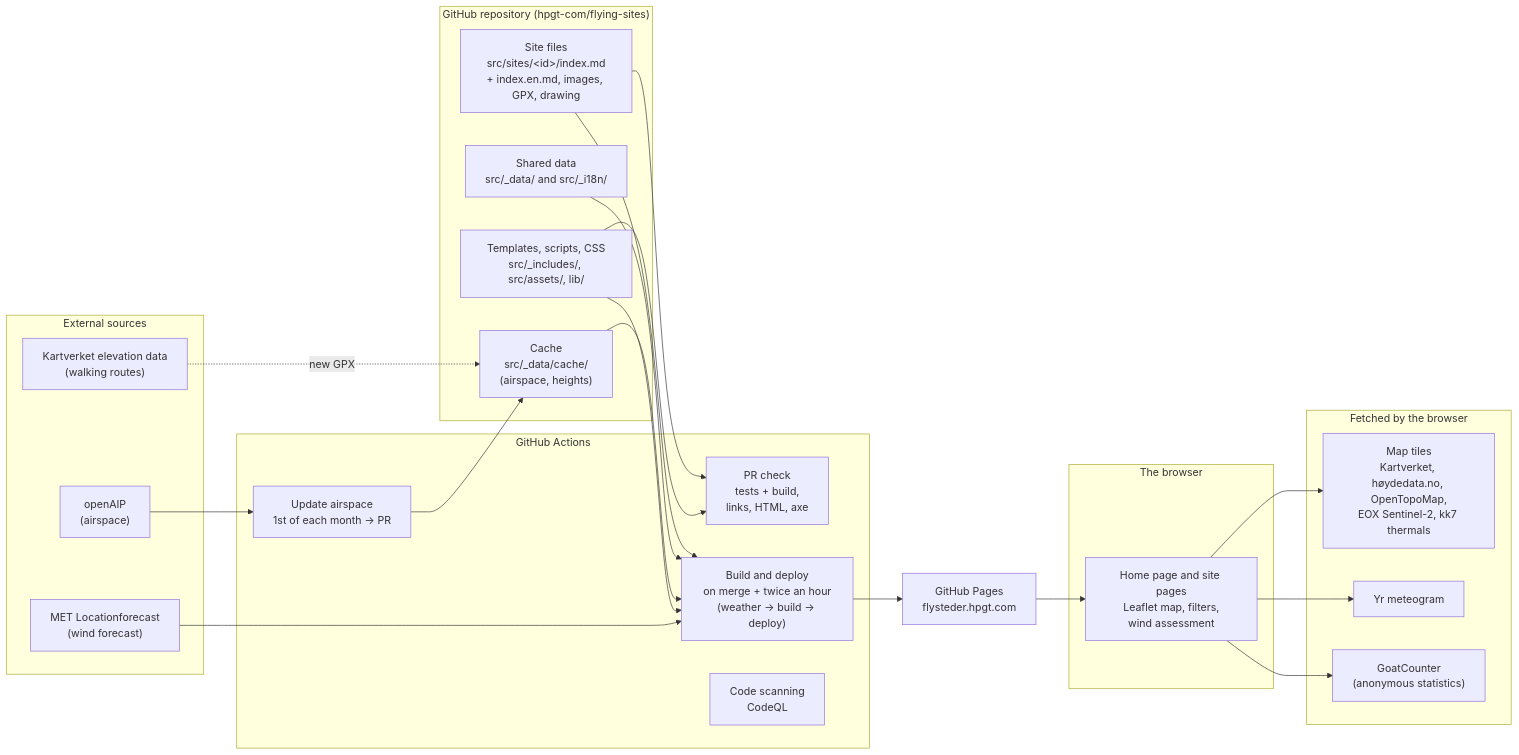
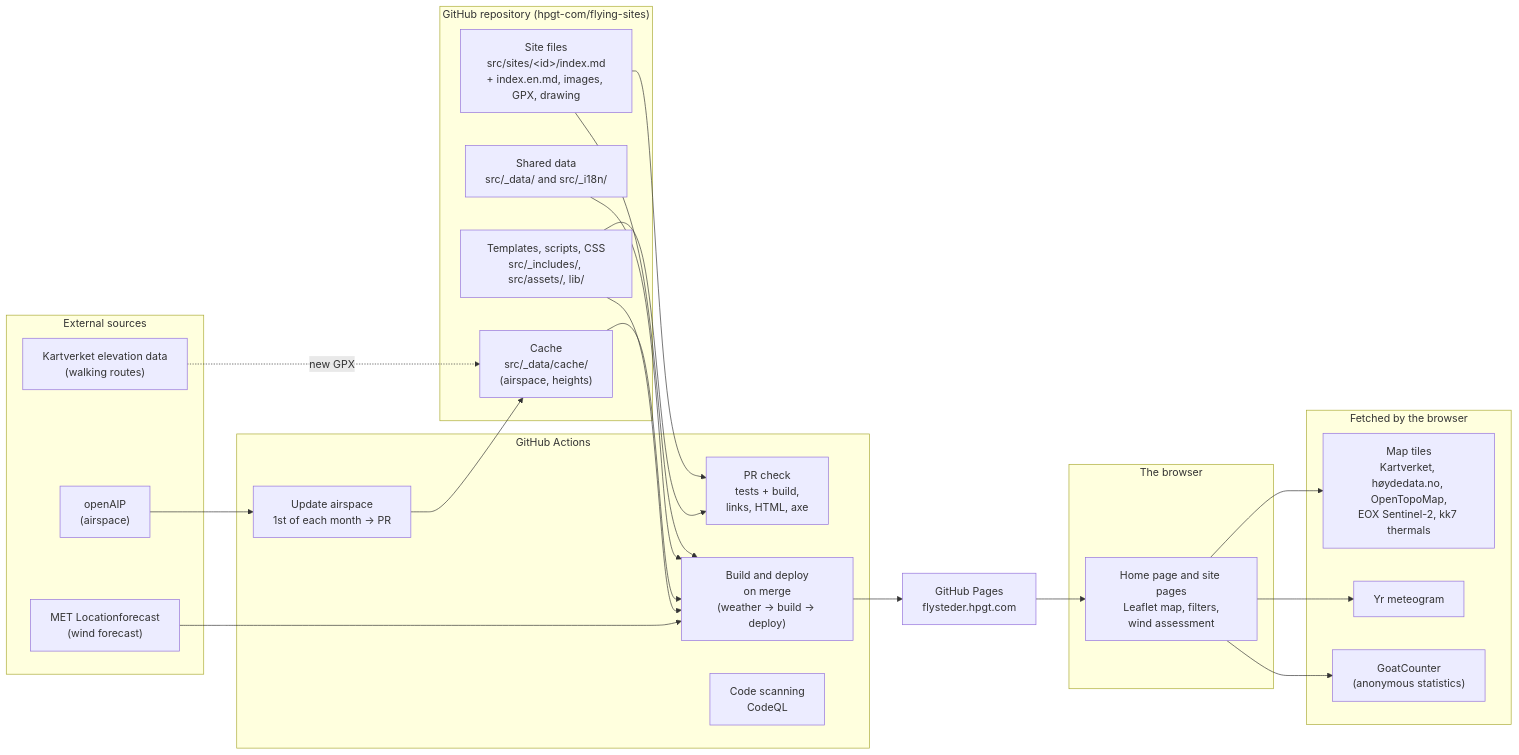
Before and after one commit to hpgt-com/flying-sites: the first of 6 diagrams in docs/architecture.md, drawn with Mermaid. The commit also changed other lines of this file and 10 other files, not shown here.

````diff
--- a/docs/architecture.md
+++ b/docs/architecture.md
@@ -14,42 +15,42 @@
 ```mermaid
 flowchart LR
   subgraph repo["GitHub repository (hpgt-com/flying-sites)"]
     sites["Site files<br/>src/sites/&lt;id&gt;/index.md<br/>+ index.en.md, images, GPX, drawing"]
     data["Shared data<br/>src/_data/ and src/_i18n/"]
     cache["Cache<br/>src/_data/cache/<br/>(airspace, heights)"]
     code["Templates, scripts, CSS<br/>src/_includes/, src/assets/, lib/"]
   end
 
   subgraph actions["GitHub Actions"]
     prcheck["PR check<br/>tests + build,<br/>links, HTML, axe"]
-    deploy["Build and deploy<br/>on merge + twice an hour<br/>(weather → build → deploy)"]
+    deploy["Build and deploy<br/>on merge<br/>(weather → build → deploy)"]
     airspace["Update airspace<br/>1st of each month → PR"]
     scan["Code scanning<br/>CodeQL"]
   end
 
   subgraph ext["External sources"]
     met["MET Locationforecast<br/>(wind forecast)"]
     kv["Kartverket elevation data<br/>(walking routes)"]
     oaip["openAIP<br/>(airspace)"]
   end
 
   pages["GitHub Pages<br/>flysteder.hpgt.com"]
 
   subgraph browser["The browser"]
     ui["Home page and site pages<br/>Leaflet map, filters,<br/>wind assessment"]
   end
 
   subgraph runtime["Fetched by the browser"]
     tiles["Map tiles<br/>Kartverket, høydedata.no, OpenTopoMap,<br/>EOX Sentinel-2, kk7 thermals"]
     yr["Yr meteogram"]
     gc["GoatCounter<br/>(anonymous statistics)"]
   end
 
   sites & data & cache & code --> deploy
   sites & code --> prcheck
   met --> deploy
   kv -. "new GPX" .-> cache
   oaip --> airspace --> cache
   deploy --> pages --> ui
   ui --> tiles & yr & gc
 ```
````
